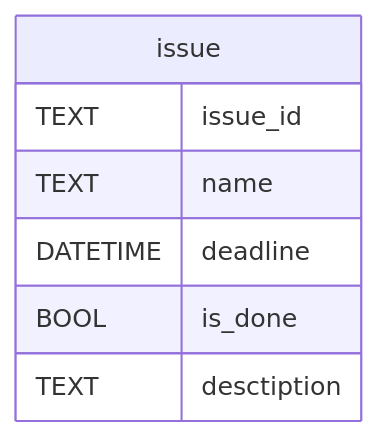
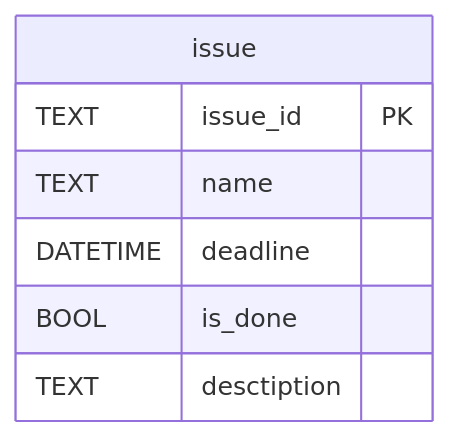
One commit to konign44-a11y/issue-tracker changed the diagram in README.md. Above: the diagram before and after it, drawn with Mermaid.

Commit message:
Fix issue_id declaration in README.md

````diff
--- a/README.md
+++ b/README.md
@@ -5,12 +5,12 @@
 ```mermaid
 erDiagram
 
 issue {
-  TEXT issue_id
+  TEXT issue_id PK
   TEXT name 
   DATETIME deadline
   BOOL is_done
   TEXT desctiption
 }
 
 ```
````
